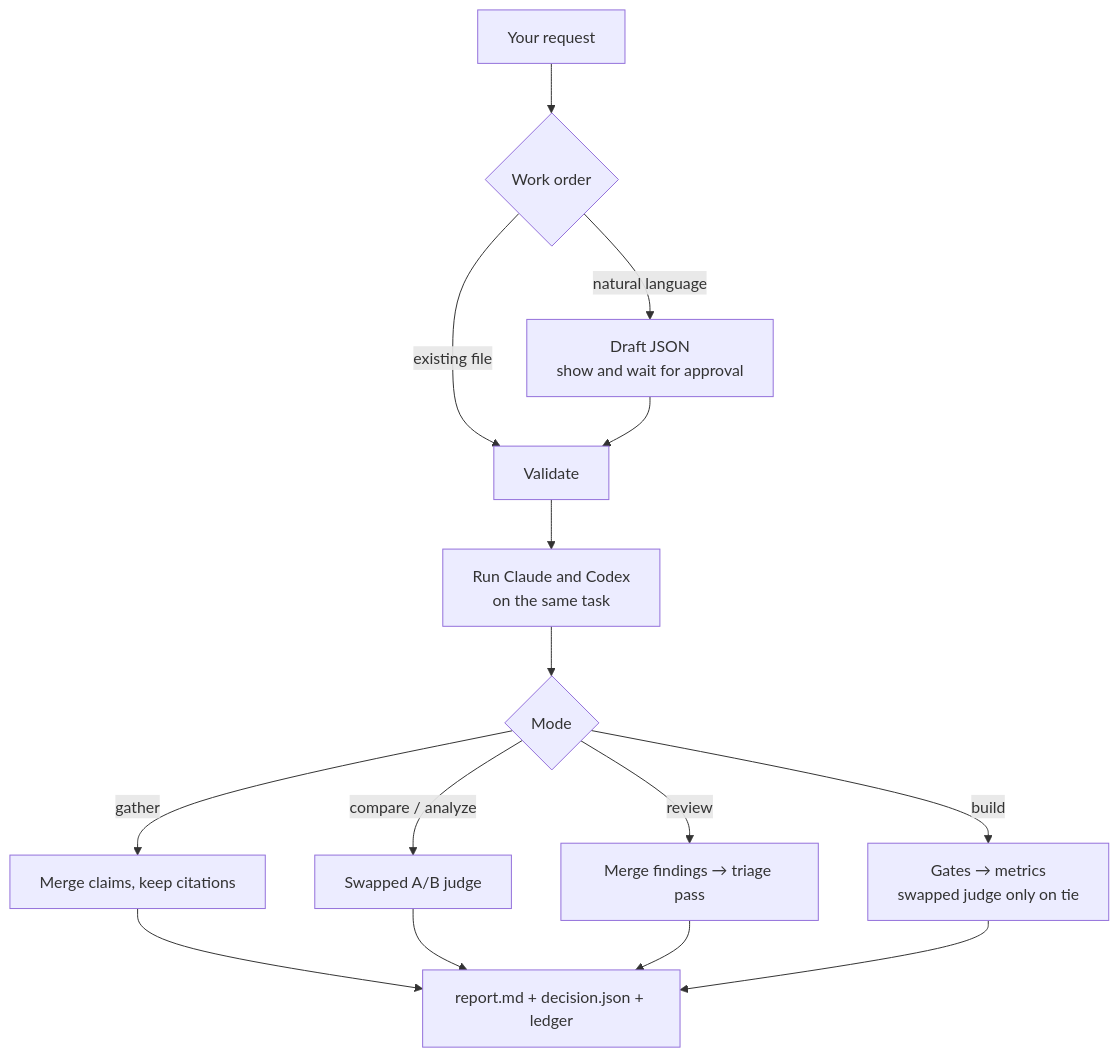
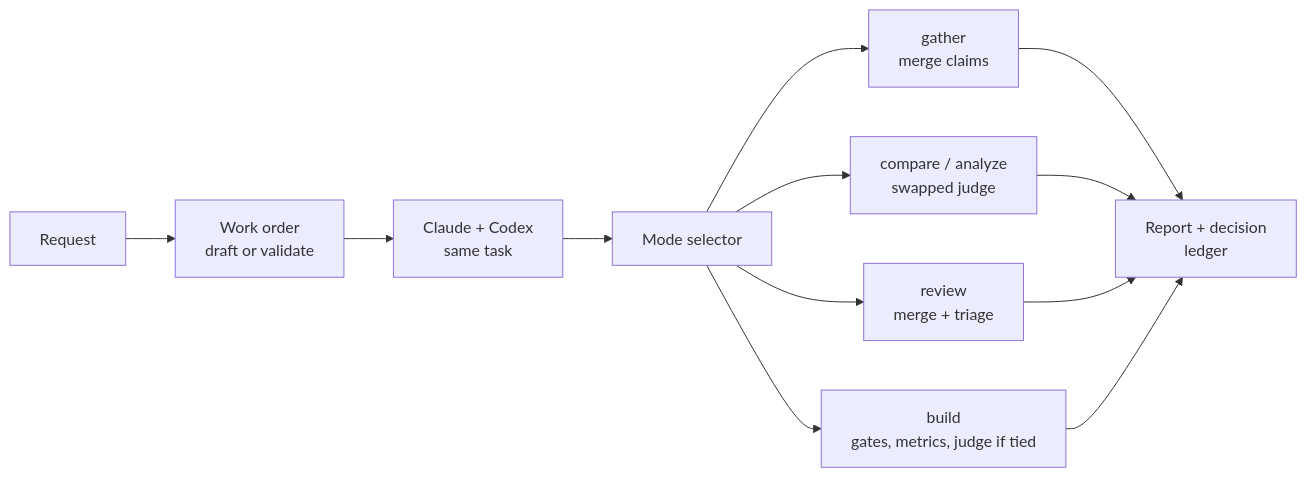
Before and after one commit to mstefanko/claude-plugins: the second of 3 diagrams in bakeoff/README.md, drawn with Mermaid. The commit also changed other lines of this file, not shown here.

````diff
--- a/bakeoff/README.md
+++ b/bakeoff/README.md
@@ -34,17 +32,14 @@
 ```mermaid
-flowchart TD
-    A[Your request] --> B{Work order}
-    B -->|natural language| C[Draft JSON<br/>show and wait for approval]
-    B -->|existing file| D[Validate]
-    C --> D
-    D --> E[Run Claude and Codex<br/>on the same task]
-    E --> F{Mode}
-    F -->|gather| G[Merge claims, keep citations]
-    F -->|compare / analyze| H[Swapped A/B judge]
-    F -->|review| I[Merge findings → triage pass]
-    F -->|build| J[Gates → metrics<br/>swapped judge only on tie]
-    G --> K[report.md + decision.json + ledger]
-    H --> K
-    I --> K
-    J --> K
+flowchart LR
+    REQ[Request] --> WO[Work order<br/>draft or validate]
+    WO --> RUN[Claude + Codex<br/>same task]
+    RUN --> SELECT[Mode selector]
+    SELECT --> GATHER[gather<br/>merge claims]
+    SELECT --> JUDGE[compare / analyze<br/>swapped judge]
+    SELECT --> REVIEW[review<br/>merge + triage]
+    SELECT --> BUILD[build<br/>gates, metrics, judge if tied]
+    GATHER --> OUT[Report + decision<br/>ledger]
+    JUDGE --> OUT
+    REVIEW --> OUT
+    BUILD --> OUT
 ```
````
